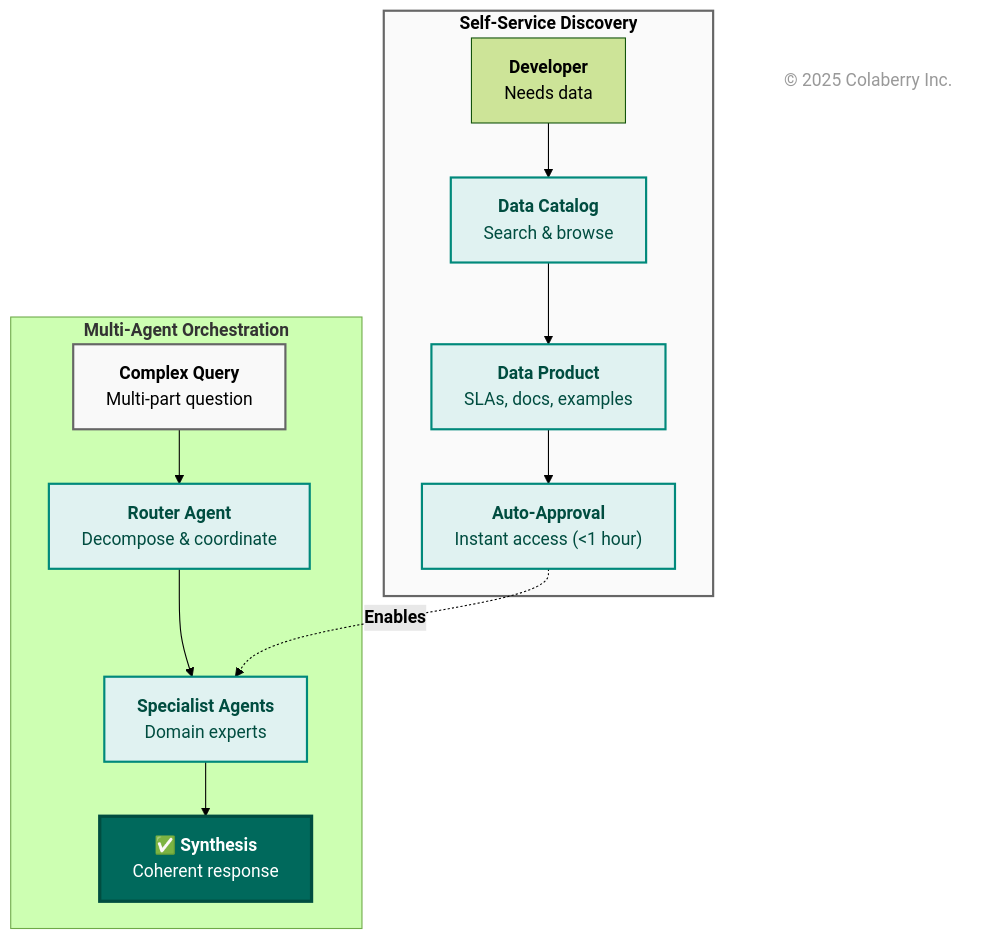
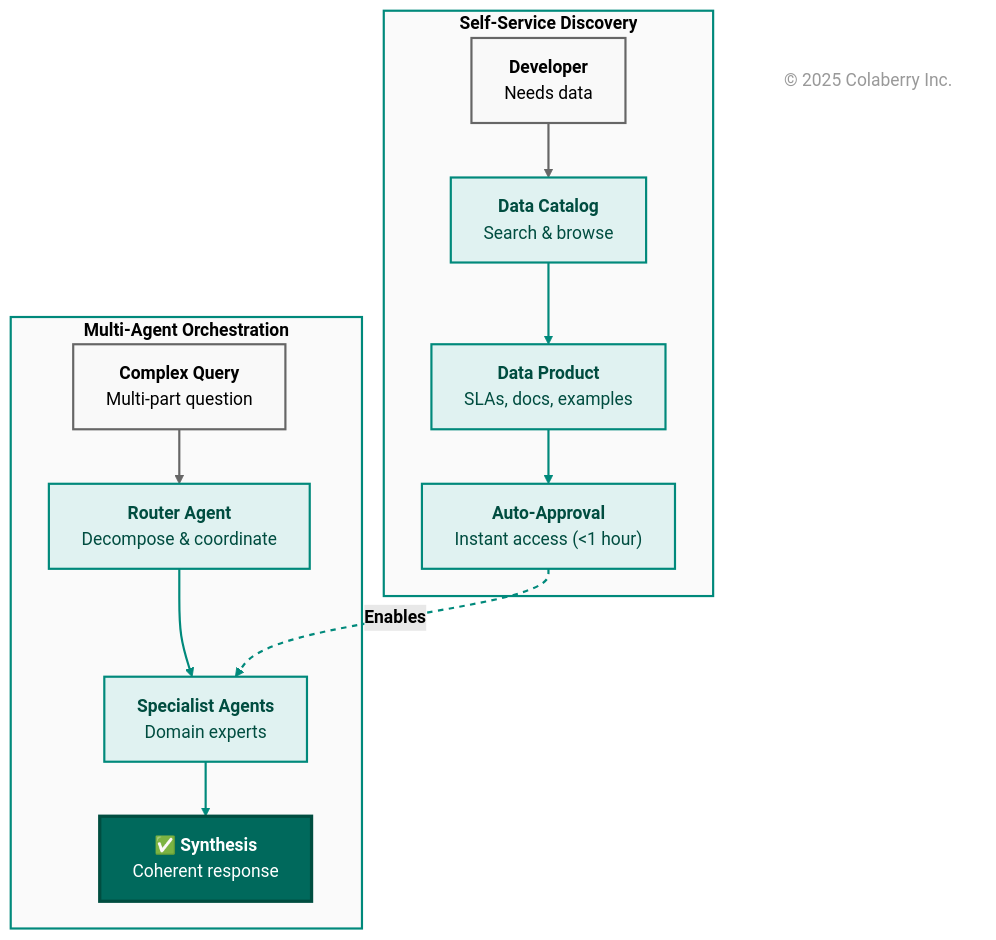
Before and after one commit to colaberry/enterprise-data-readiness-ai-agents: diagram 12 of 16 in chapter-01/chapter_1_complete.md, drawn with Mermaid (forest theme). The commit also changed other lines of this file, not shown here.

````diff
--- a/chapter-01/chapter_1_complete.md
+++ b/chapter-01/chapter_1_complete.md
@@ -1830,40 +1929,51 @@
 ```mermaid
 graph TB
     subgraph discovery["<b>Self-Service Discovery</b>"]
         DEV["<b>Developer</b><br/>Needs data"]
         CAT["<b>Data Catalog</b><br/>Search & browse"]
         PROD["<b>Data Product</b><br/>SLAs, docs, examples"]
         ACCESS["<b>Auto-Approval</b><br/>Instant access (<1 hour)"]
     end
     
     subgraph orchestration["<b>Multi-Agent Orchestration</b>"]
         QUERY["<b>Complex Query</b><br/>Multi-part question"]
         ROUTER["<b>Router Agent</b><br/>Decompose & coordinate"]
         SPEC["<b>Specialist Agents</b><br/>Domain experts"]
         SYNTH["<b>✅ Synthesis</b><br/>Coherent response"]
     end
     
     DEV --> CAT
     CAT --> PROD
     PROD --> ACCESS
     
     QUERY --> ROUTER
     ROUTER --> SPEC
     SPEC --> SYNTH
     
     ACCESS -.->|"<b>Enables</b>"| SPEC
     
-    style discovery fill:#fafafa,stroke:#00897b,stroke-width:2px,color:#000000    style orchestration fill:#fafafa,stroke:#00897b,stroke-width:2px,color:#000000    style DEV fill:#f9f9f9,stroke:#666666,stroke-width:2px,color:#000000
+    %% Link styling
+    linkStyle 0 stroke:#666666,stroke-width:2px
+    linkStyle 1 stroke:#00897b,stroke-width:2px
+    linkStyle 2 stroke:#00897b,stroke-width:2px
+    linkStyle 3 stroke:#666666,stroke-width:2px
+    linkStyle 4 stroke:#00897b,stroke-width:2px
+    linkStyle 5 stroke:#00897b,stroke-width:2px
+    linkStyle 6 stroke:#00897b,stroke-width:2px,stroke-dasharray:5
+    
+    style discovery fill:#fafafa,stroke:#00897b,stroke-width:2px,color:#000000
+    style orchestration fill:#fafafa,stroke:#00897b,stroke-width:2px,color:#000000
+    style DEV fill:#f9f9f9,stroke:#666666,stroke-width:2px,color:#000000
     style CAT fill:#e0f2f1,stroke:#00897b,stroke-width:2px,color:#004d40
     style PROD fill:#e0f2f1,stroke:#00897b,stroke-width:2px,color:#004d40
     style ACCESS fill:#e0f2f1,stroke:#00897b,stroke-width:2px,color:#004d40
     style QUERY fill:#f9f9f9,stroke:#666666,stroke-width:2px,color:#000000
     style ROUTER fill:#e0f2f1,stroke:#00897b,stroke-width:2px,color:#004d40
     style SPEC fill:#e0f2f1,stroke:#00897b,stroke-width:2px,color:#004d40
 
     %% Copyright Notice
     CR["© 2025 Colaberry Inc."]
 
     style SYNTH fill:#00695c,color:#ffffff,stroke:#004d40,stroke-width:3px
     style CR fill:none,stroke:none,color:#999999
 ```
````
